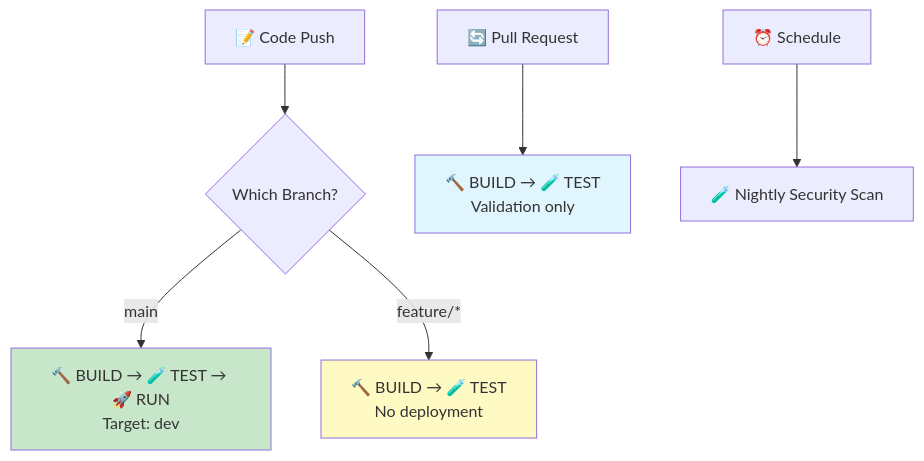
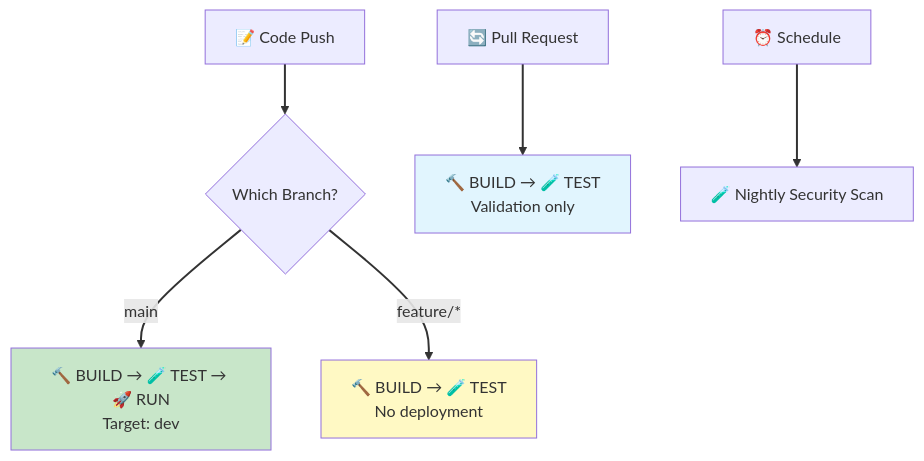
The sixth of 6 diagrams in docs/ci-cd.md (Celtikill/static-site), drawn with Mermaid before and after one commit. The commit also changed other lines of this file and 17 other files, not shown here.

````diff
--- a/docs/ci-cd.md
+++ b/docs/ci-cd.md
@@ -320,14 +384,24 @@
 ```mermaid
+%%{init: {'theme':'default', 'themeVariables': {'fontSize':'16px'}}}%%
 graph TD
+    accTitle: Workflow Routing and Trigger Logic
+    accDescr: Branch-based workflow routing implementing progressive deployment strategy with environment-aware automation. Code pushes trigger branch-conditional routing where commits to the main branch execute the full BUILD-TEST-RUN pipeline deploying automatically to the development environment, while commits to feature branches execute only BUILD and TEST phases for validation without deployment allowing safe experimentation. Pull requests trigger BUILD and TEST phases for validation-only workflows ensuring proposed changes meet security and policy requirements before merge, providing quality gates in the code review process. Scheduled workflows execute nightly security scans performing regular vulnerability assessments and compliance checks independent of code changes. The main branch automatic deployment to development supports rapid iteration and testing in a safe sandbox environment. Feature branch validation without deployment prevents untested code from reaching any environment while still providing security feedback. This routing strategy implements branch-based deployment patterns following GitFlow principles with progressive promotion from development through staging to production. The architecture balances automation for efficiency with safety gates preventing unauthorized deployments, while maintaining comprehensive audit trails of all deployment decisions and workflow executions.
+
     A["📝 Code Push"] --> B{"Which Branch?"}
     B -->|"main"| C["🔨 BUILD → 🧪 TEST → 🚀 RUN<br/>Target: dev"]
     B -->|"feature/*"| D["🔨 BUILD → 🧪 TEST<br/>No deployment"]
 
     E["🔄 Pull Request"] --> F["🔨 BUILD → 🧪 TEST<br/>Validation only"]
 
     G["⏰ Schedule"] --> H["🧪 Nightly Security Scan"]
 
     style C fill:#c8e6c9
     style D fill:#fff9c4
     style F fill:#e1f5fe
+
+    linkStyle 0 stroke:#333333,stroke-width:2px
+    linkStyle 1 stroke:#333333,stroke-width:2px
+    linkStyle 2 stroke:#333333,stroke-width:2px
+    linkStyle 3 stroke:#333333,stroke-width:2px
+    linkStyle 4 stroke:#333333,stroke-width:2px
 ```
````
